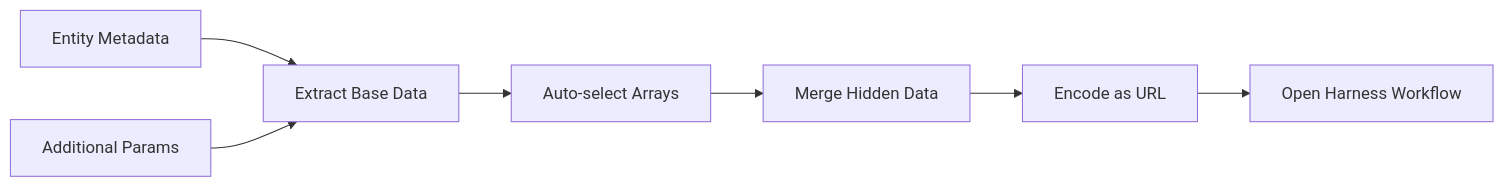
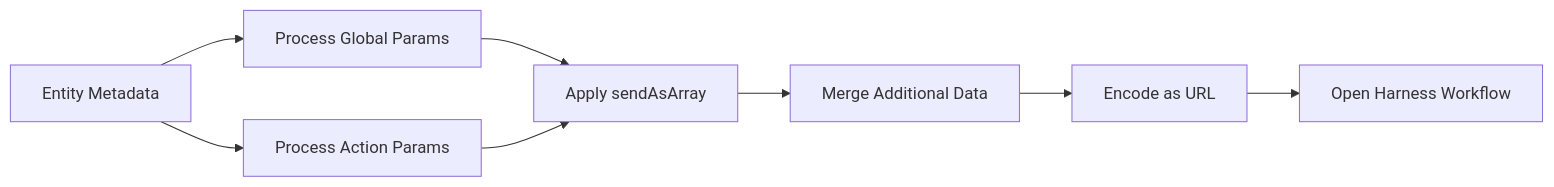
One commit to adiyaar24/Critical-Operations changed the diagram in README.md. Above: the diagram before and after it, drawn with Mermaid. The commit also changed other lines of this file and 3 other files, not shown here.

````diff
--- a/README.md
+++ b/README.md
@@ -272,9 +273,10 @@
 ```mermaid
 flowchart LR
-    A[Entity Metadata] --> B[Extract Base Data]
-    C[Additional Params] --> B
-    B --> D[Auto-select Arrays]
-    D --> E[Merge Hidden Data]
+    A[Entity Metadata] --> B[Process Global Params]
+    A --> C[Process Action Params]
+    B --> D[Apply sendAsArray]
+    C --> D
+    D --> E[Merge Additional Data]
     E --> F[Encode as URL]
     F --> G[Open Harness Workflow]
 ```
````
